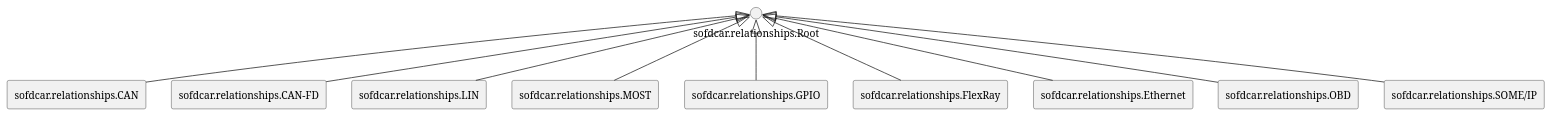
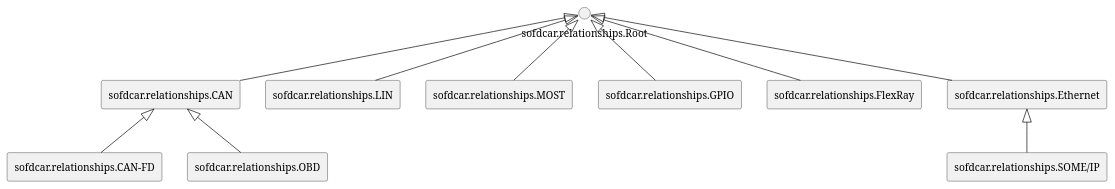
One commit to OpenTOSCA/opentosca-vintner changed the diagram in docs/docs/sofdcar/tosca-sofdcar-profile-extended.relationship-types.puml. Above: the diagram before and after it, drawn with PlantUML. The commit also changed 11 other files, not shown here.

```diff
--- a/docs/docs/sofdcar/tosca-sofdcar-profile-extended.relationship-types.puml
+++ b/docs/docs/sofdcar/tosca-sofdcar-profile-extended.relationship-types.puml
@@ -1,42 +1,42 @@
 @startuml
 skinparam componentStyle rectangle
 
 
 rectangle "sofdcar.relationships.CAN"
 
 rectangle "sofdcar.relationships.CAN-FD"
 
 rectangle "sofdcar.relationships.LIN"
 
 rectangle "sofdcar.relationships.MOST"
 
 rectangle "sofdcar.relationships.GPIO"
 
 rectangle "sofdcar.relationships.FlexRay"
 
 rectangle "sofdcar.relationships.Ethernet"
 
 rectangle "sofdcar.relationships.OBD"
 
 rectangle "sofdcar.relationships.SOME/IP"
 
 
 "sofdcar.relationships.Root" <|-- "sofdcar.relationships.CAN"
 
-"sofdcar.relationships.Root" <|-- "sofdcar.relationships.CAN-FD"
+"sofdcar.relationships.CAN" <|-- "sofdcar.relationships.CAN-FD"
 
 "sofdcar.relationships.Root" <|-- "sofdcar.relationships.LIN"
 
 "sofdcar.relationships.Root" <|-- "sofdcar.relationships.MOST"
 
 "sofdcar.relationships.Root" <|-- "sofdcar.relationships.GPIO"
 
 "sofdcar.relationships.Root" <|-- "sofdcar.relationships.FlexRay"
 
 "sofdcar.relationships.Root" <|-- "sofdcar.relationships.Ethernet"
 
-"sofdcar.relationships.Root" <|-- "sofdcar.relationships.OBD"
+"sofdcar.relationships.CAN" <|-- "sofdcar.relationships.OBD"
 
-"sofdcar.relationships.Root" <|-- "sofdcar.relationships.SOME/IP"
+"sofdcar.relationships.Ethernet" <|-- "sofdcar.relationships.SOME/IP"
 
 @enduml
```
